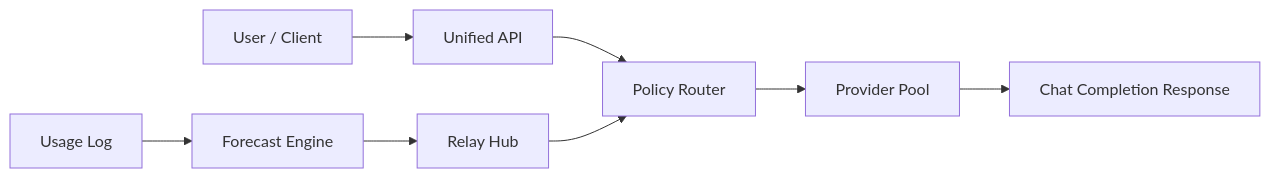
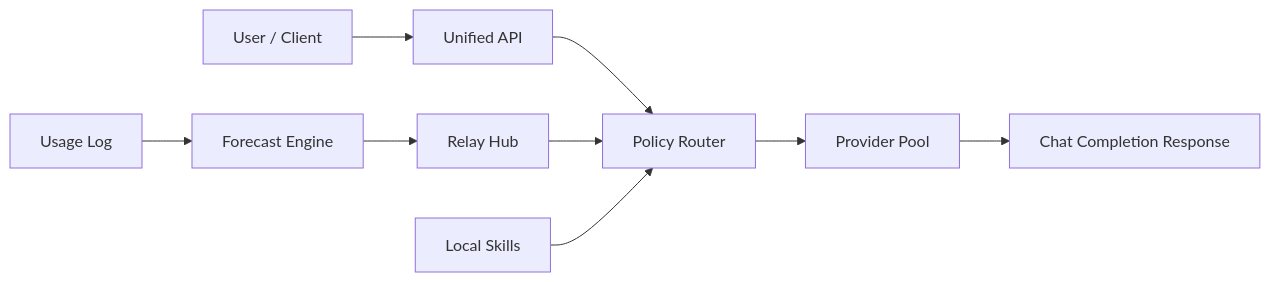
Before and after one commit to beihaili/ai-capacity-optimizer: the diagram in docs/architecture.md, drawn with Mermaid. The commit also changed other lines of this file and 17 other files, not shown here.

Commit message:
Add local routing skills

````diff
--- a/docs/architecture.md
+++ b/docs/architecture.md
@@ -44,10 +48,11 @@
 ```mermaid
 flowchart LR
     User["User / Client"] --> API["Unified API"]
     API --> Router["Policy Router"]
     Router --> Pool["Provider Pool"]
     Pool --> Response["Chat Completion Response"]
     Usage["Usage Log"] --> Forecast["Forecast Engine"]
     Forecast --> Relay["Relay Hub"]
     Relay --> Router
+    Skills["Local Skills"] --> Router
 ```
````
